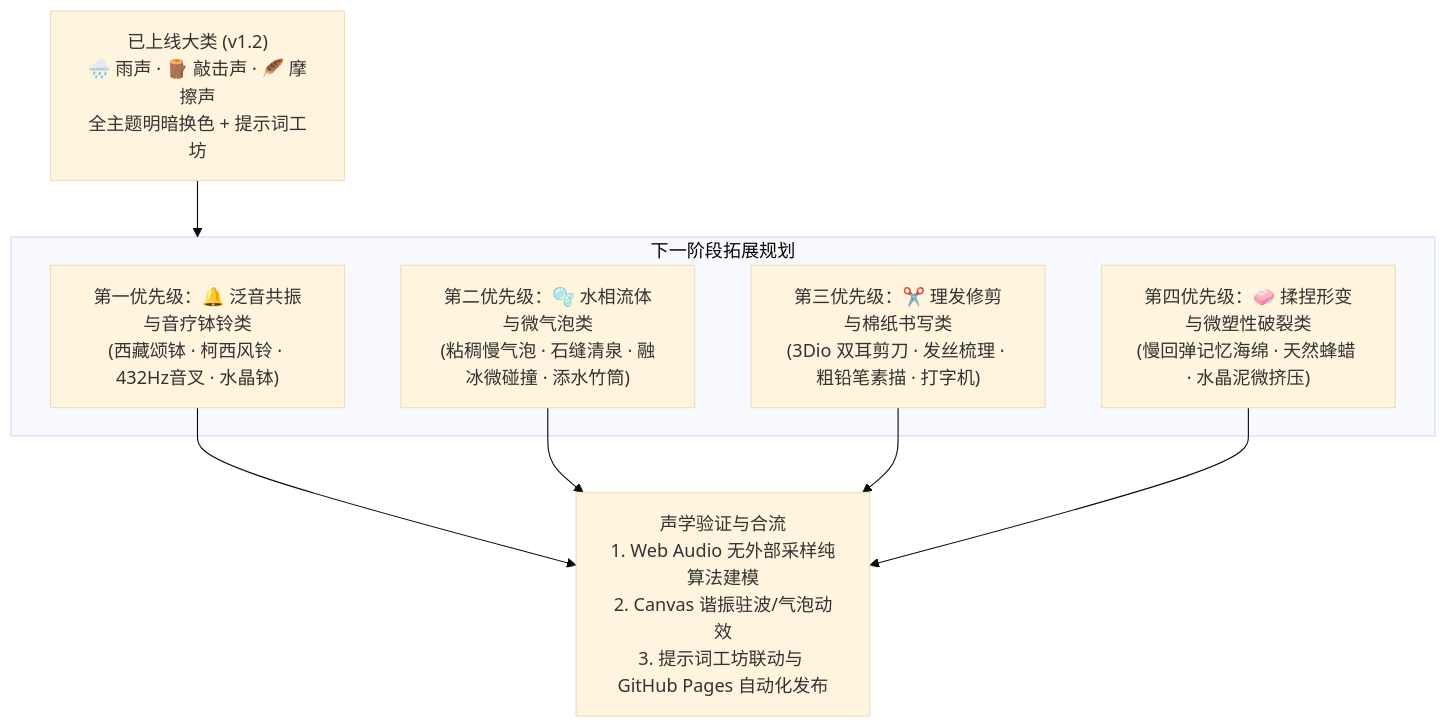
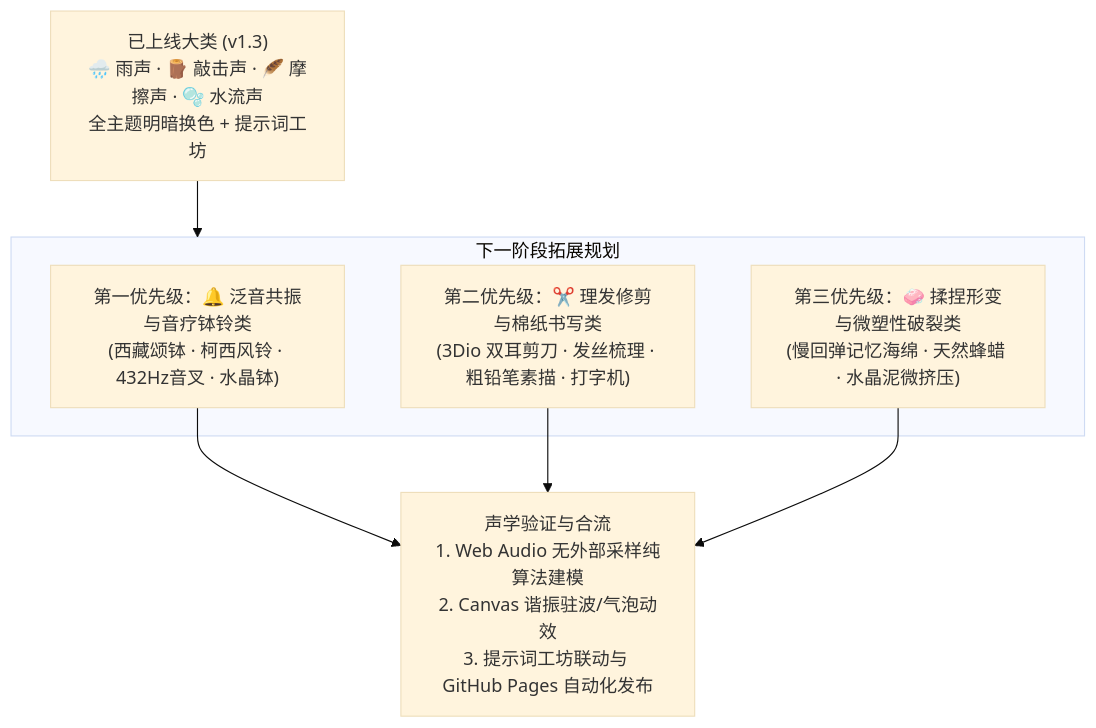
One commit to single5240/single5240.github.io changed the diagram in docs/ai-asmr-expansion-plan.md. Above: the diagram before and after it, drawn with Mermaid (base theme). The commit also changed other lines of this file and 2 other files, not shown here.

Commit message:
feat(asmr): 新增清润水流声大类与 Minnaert 气泡物理声学触发器

````diff
--- a/docs/ai-asmr-expansion-plan.md
+++ b/docs/ai-asmr-expansion-plan.md
@@ -112,16 +113,14 @@
 ```mermaid
 flowchart TD
-    Current["已上线大类 (v1.2)<br>🌧️ 雨声 · 🪵 敲击声 · 🪶 摩擦声<br>全主题明暗换色 + 提示词工坊"] --> NextPhase
+    Current["已上线大类 (v1.3)<br>🌧️ 雨声 · 🪵 敲击声 · 🪶 摩擦声 · 🫧 水流声<br>全主题明暗换色 + 提示词工坊"] --> NextPhase
     
     subgraph NextPhase["下一阶段拓展规划"]
         P1["第一优先级：🔔 泛音共振与音疗钵铃类<br>(西藏颂钵 · 柯西风铃 · 432Hz音叉 · 水晶钵)"]
-        P2["第二优先级：🫧 水相流体与微气泡类<br>(粘稠慢气泡 · 石缝清泉 · 融冰微碰撞 · 添水竹筒)"]
-        P3["第三优先级：✂️ 理发修剪与棉纸书写类<br>(3Dio 双耳剪刀 · 发丝梳理 · 粗铅笔素描 · 打字机)"]
-        P4["第四优先级：🧼 揉捏形变与微塑性破裂类<br>(慢回弹记忆海绵 · 天然蜂蜡 · 水晶泥微挤压)"]
+        P3["第二优先级：✂️ 理发修剪与棉纸书写类<br>(3Dio 双耳剪刀 · 发丝梳理 · 粗铅笔素描 · 打字机)"]
+        P4["第三优先级：🧼 揉捏形变与微塑性破裂类<br>(慢回弹记忆海绵 · 天然蜂蜡 · 水晶泥微挤压)"]
     end
     
     P1 --> Verification["声学验证与合流<br>1. Web Audio 无外部采样纯算法建模<br>2. Canvas 谐振驻波/气泡动效<br>3. 提示词工坊联动与 GitHub Pages 自动化发布"]
-    P2 --> Verification
     P3 --> Verification
     P4 --> Verification
 ```
````
